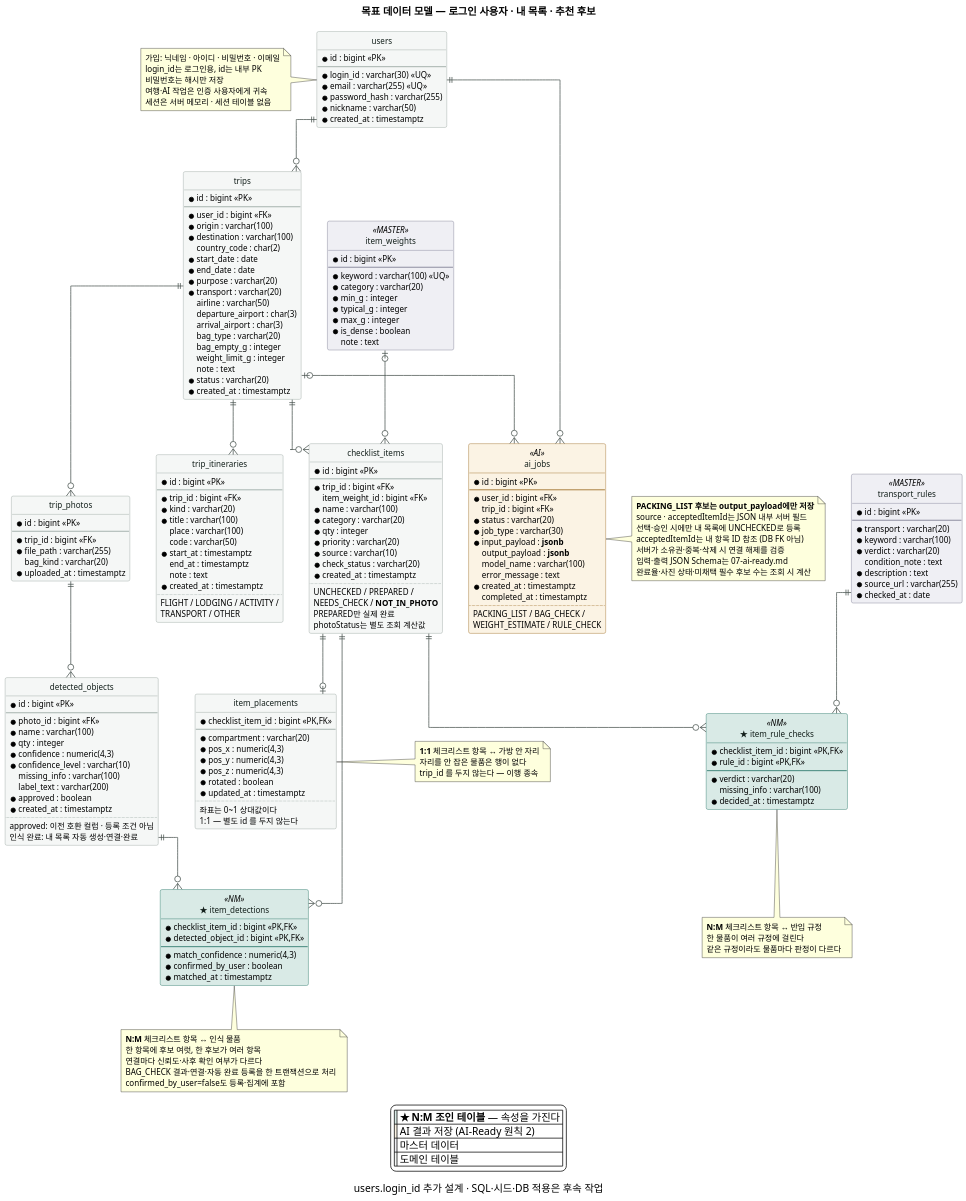
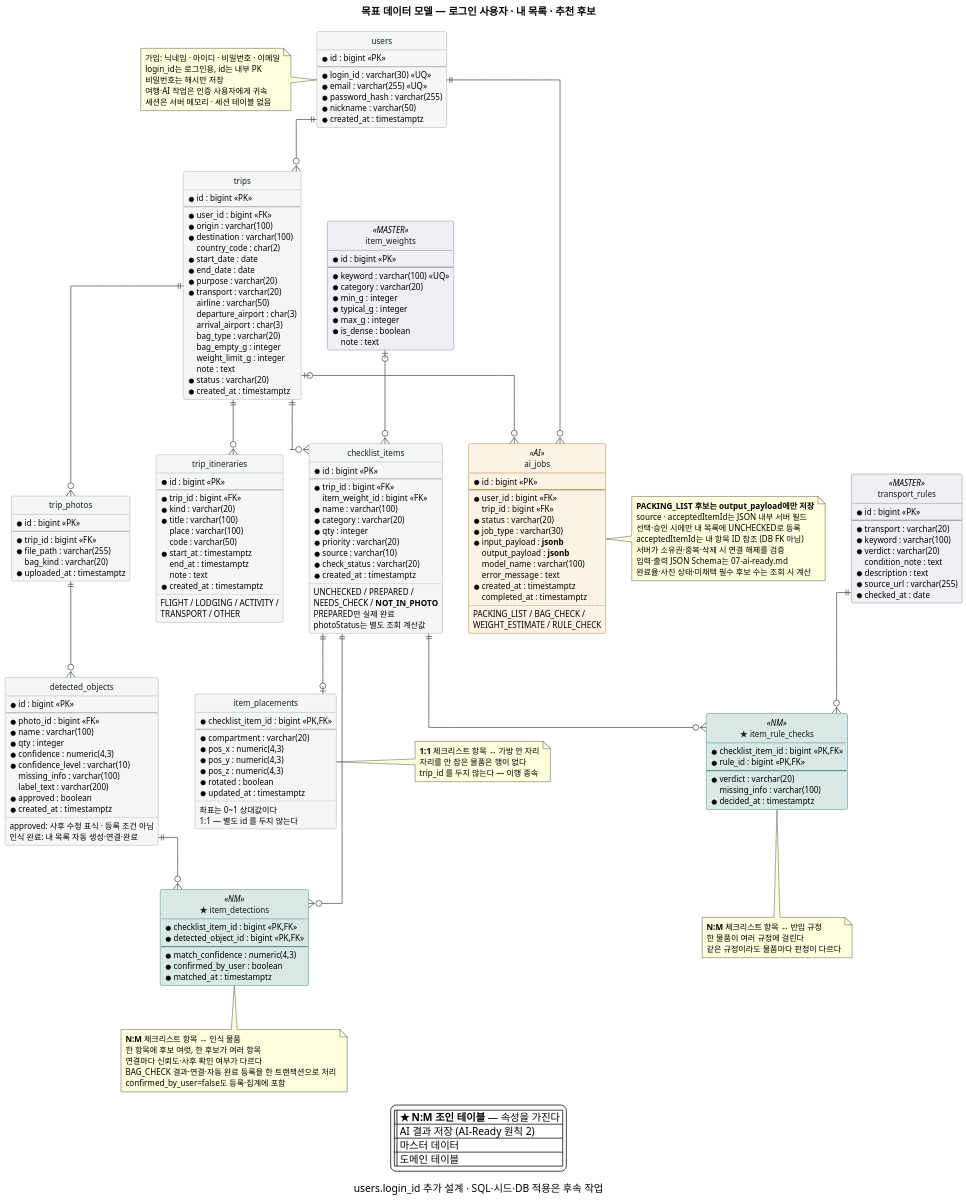
The diagram in docs/images/05-erd.puml (SangMyeong5426/skala-mini-ai-web-service), drawn with PlantUML before and after one commit. The commit also changed 47 other files, not shown here.

```diff
--- a/docs/images/05-erd.puml
+++ b/docs/images/05-erd.puml
@@ -142,7 +142,7 @@
   * approved : boolean
   * created_at : timestamptz
   ..
-  approved: 이전 호환 컬럼 · 등록 조건 아님
+  approved: 사후 수정 표식 · 등록 조건 아님
   인식 완료: 내 목록 자동 생성·연결·완료
 }
 
```
